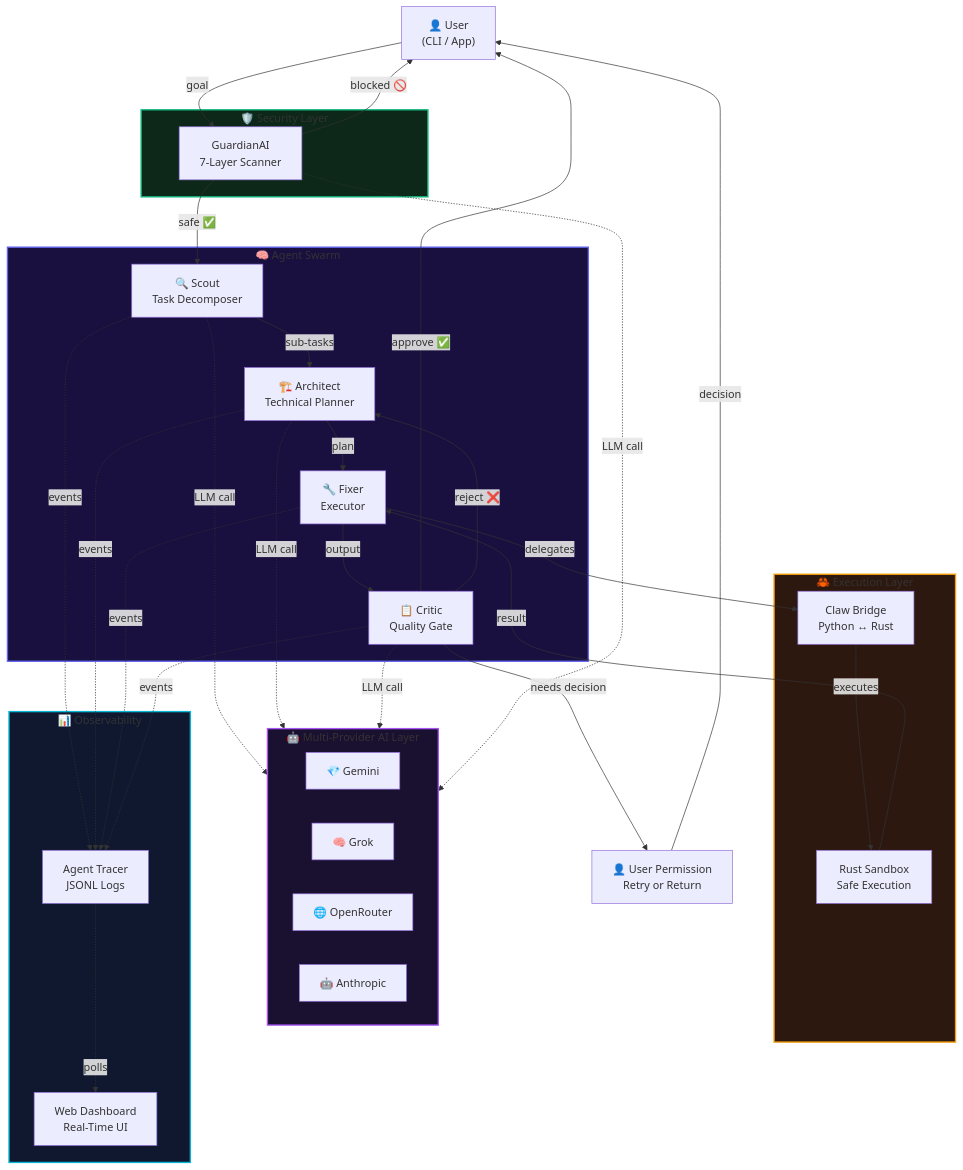
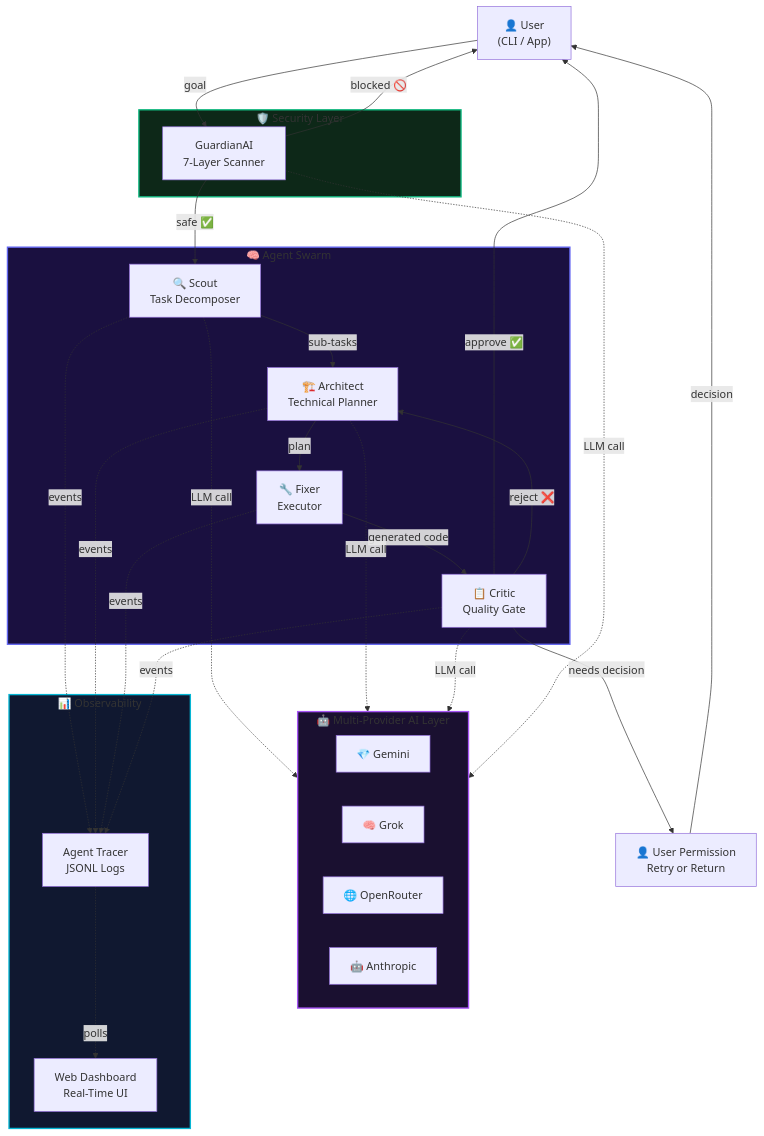
One commit to namanhere23/DevMatrix changed the first of 4 diagrams in README.md. Above: the diagram before and after it, drawn with Mermaid. The commit also changed other lines of this file and 20 other files, not shown here.

````diff
--- a/README.md
+++ b/README.md
@@ -53,65 +53,56 @@
 ```mermaid
 graph TB
     User["👤 User<br/>(CLI / App)"]
 
     subgraph ProviderLayer["🤖 Multi-Provider AI Layer"]
         Gemini["💎 Gemini"]
         Grok["🧠 Grok"]
         OpenRouter["🌐 OpenRouter"]
         Anthropic["🤖 Anthropic"]
     end
 
     subgraph SecurityLayer["🛡️ Security Layer"]
         Guardian["GuardianAI<br/>7-Layer Scanner"]
     end
 
     subgraph AgentSwarm["🧠 Agent Swarm"]
         Scout["🔍 Scout<br/>Task Decomposer"]
         Architect["🏗️ Architect<br/>Technical Planner"]
         Fixer["🔧 Fixer<br/>Executor"]
         Critic["📋 Critic<br/>Quality Gate"]
     end
 
-    subgraph ExecutionLayer["🦀 Execution Layer"]
-        ClawBridge["Claw Bridge<br/>Python ↔ Rust"]
-        RustSandbox["Rust Sandbox<br/>Safe Execution"]
-    end
-
     subgraph Observability["📊 Observability"]
         Tracer["Agent Tracer<br/>JSONL Logs"]
         Dashboard["Web Dashboard<br/>Real-Time UI"]
     end
 
     Permission["👤 User Permission<br/>Retry or Return"]
 
     User -->|"goal"| Guardian
     Guardian -->|"safe ✅"| Scout
     Guardian -->|"blocked 🚫"| User
     Scout -->|"sub-tasks"| Architect
     Architect -->|"plan"| Fixer
-    Fixer -->|"delegates"| ClawBridge
-    ClawBridge -->|"executes"| RustSandbox
-    RustSandbox -->|"result"| Fixer
-    Fixer -->|"output"| Critic
+    Fixer -->|"generated code"| Critic
     Critic -->|"approve ✅"| User
     Critic -->|"reject ❌"| Architect
     Critic -->|"needs decision"| Permission
     Permission -->|"decision"| User
 
     Scout -.->|"LLM call"| ProviderLayer
     Architect -.->|"LLM call"| ProviderLayer
     Critic -.->|"LLM call"| ProviderLayer
     Guardian -.->|"LLM call"| ProviderLayer
 
     Scout -.->|"events"| Tracer
     Architect -.->|"events"| Tracer
     Fixer -.->|"events"| Tracer
     Critic -.->|"events"| Tracer
     Tracer -.->|"polls"| Dashboard
 
     style ProviderLayer fill:#1a1030,stroke:#a855f7,stroke-width:2px
     style SecurityLayer fill:#0d2818,stroke:#10b981,stroke-width:2px
     style AgentSwarm fill:#1a1040,stroke:#6366f1,stroke-width:2px
-    style ExecutionLayer fill:#2d1810,stroke:#f59e0b,stroke-width:2px
     style Observability fill:#101830,stroke:#06b6d4,stroke-width:2px
 ```
````
